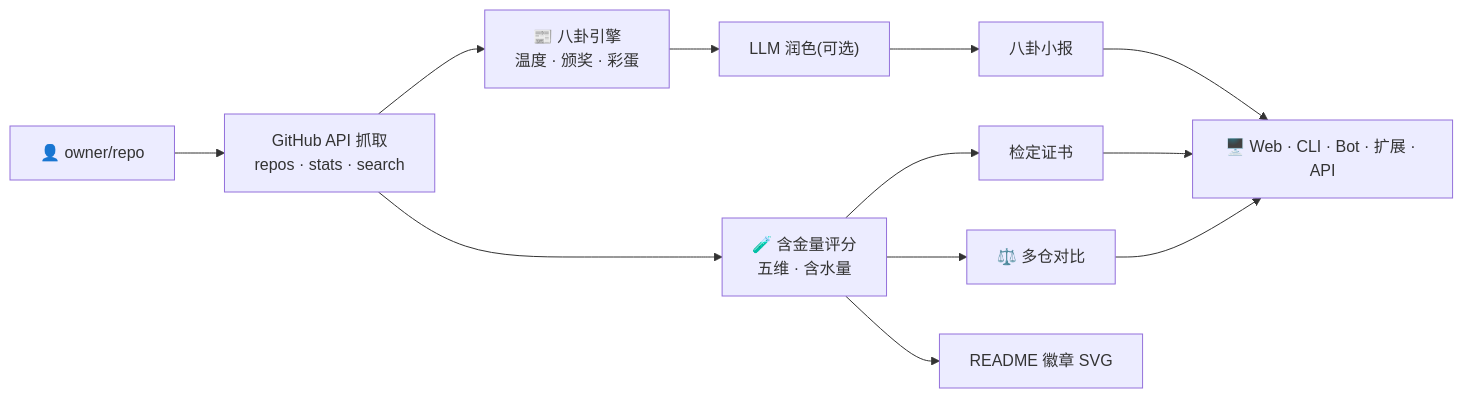
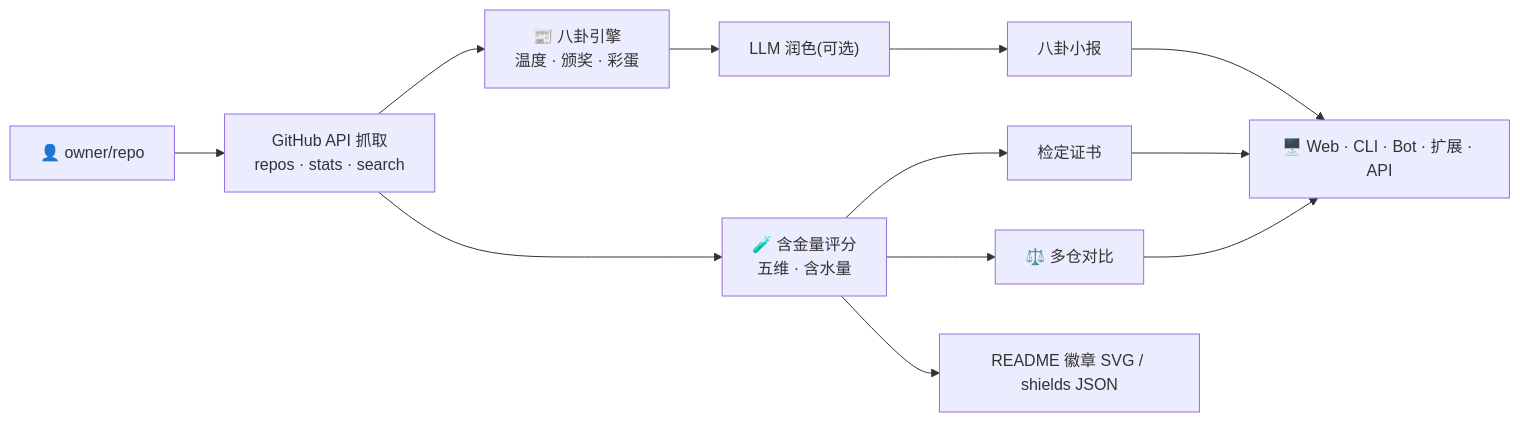
One commit to LinJJ12/repo-gossip changed the diagram in README.md. Above: the diagram before and after it, drawn with Mermaid. The commit also changed other lines of this file and 12 other files, not shown here.

First line of the commit message:
feat(badge,score): shields endpoint 徽章与 OpenSSF Scorecard 子集信号

````diff
--- a/README.md
+++ b/README.md
@@ -227,15 +235,15 @@
 ```mermaid
 flowchart LR
     U["👤 owner/repo"] --> FETCH["GitHub API 抓取<br/>repos · stats · search"]
     FETCH --> GOSSIP["📰 八卦引擎<br/>温度 · 颁奖 · 彩蛋"]
     FETCH --> SCORE["🧪 含金量评分<br/>五维 · 含水量"]
     GOSSIP --> LLM["LLM 润色(可选)"]
     LLM --> TAB["八卦小报"]
     SCORE --> CERT["检定证书"]
     SCORE --> CMP["⚖️ 多仓对比"]
-    SCORE --> BADGE["README 徽章 SVG"]
+    SCORE --> BADGE["README 徽章 SVG / shields JSON"]
     TAB --> OUT
     CERT --> OUT
     CMP --> OUT
     OUT["🖥️ Web · CLI · Bot · 扩展 · API"]
 ```
````
